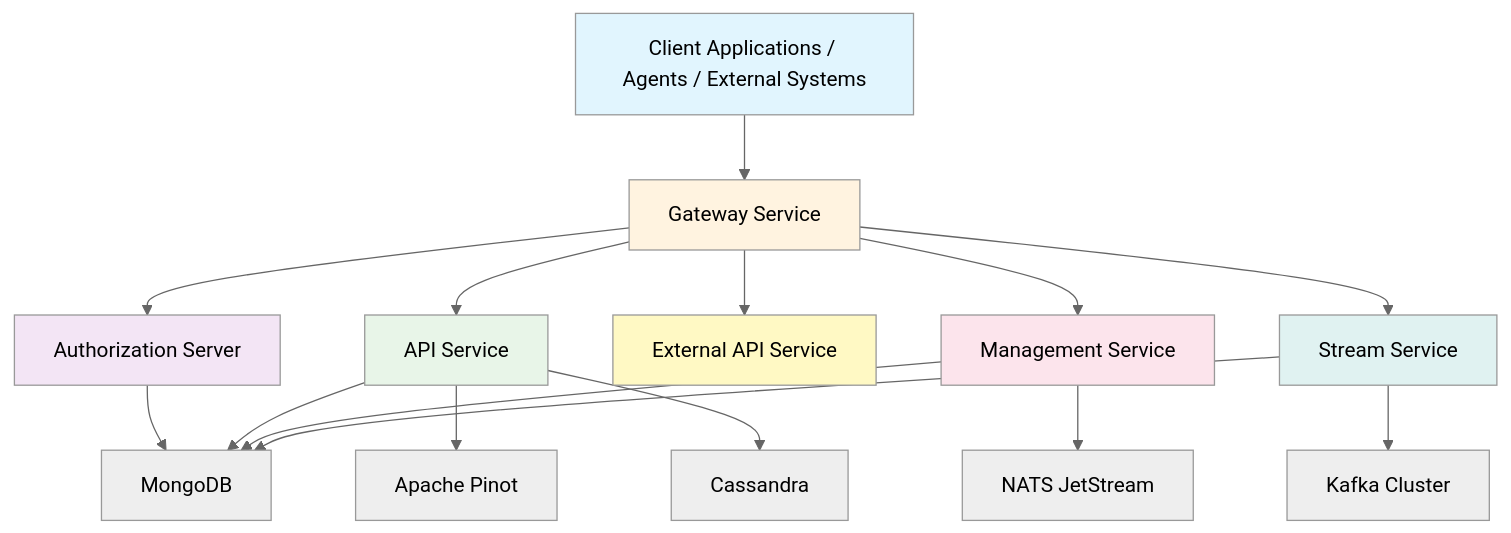
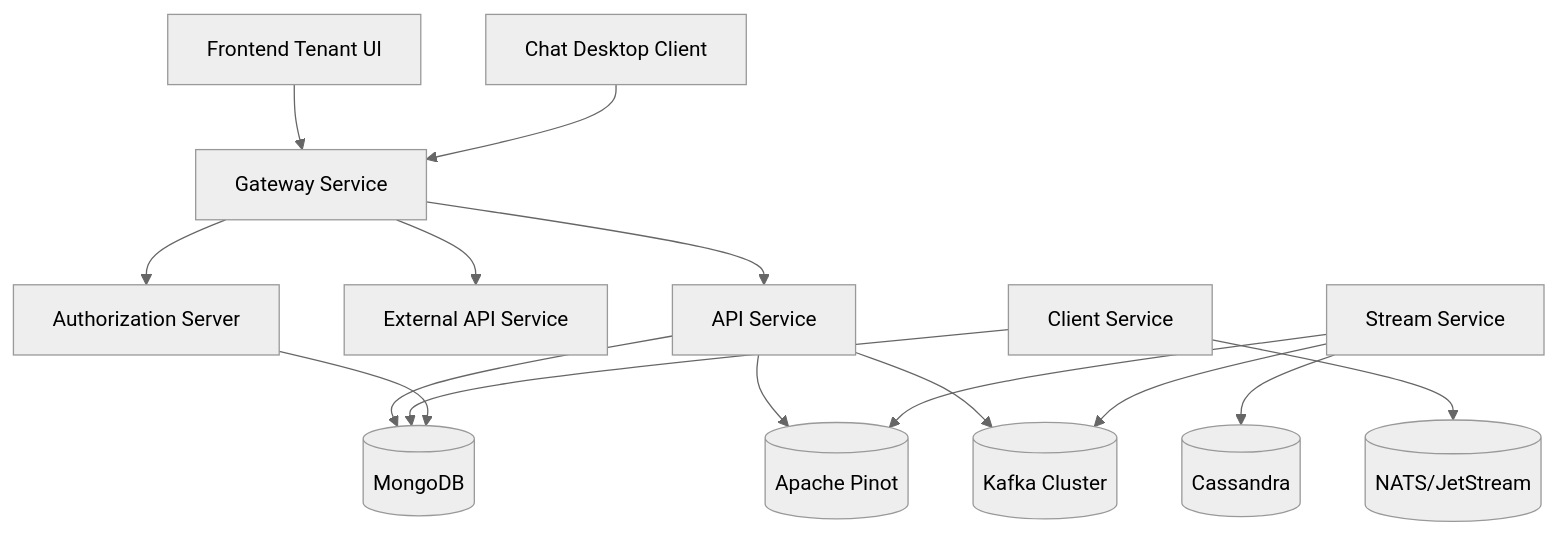
One commit to Praesto-Pro/openframe-oss-tenant changed the first of 2 diagrams in README.md. Above: the diagram before and after it, drawn with Mermaid (neutral theme). The commit also changed other lines of this file and 344 other files, not shown here.

````diff
--- a/README.md
+++ b/README.md
@@ -59,28 +81,22 @@
 ```mermaid
 flowchart TD
-    Client["Client Applications / Agents / External Systems"] --> Gateway["Gateway Service"]
-
-    Gateway --> Auth["Authorization Server"]
-    Gateway --> Api["API Service"]
-    Gateway --> ExternalApi["External API Service"]
-    Gateway --> Management["Management Service"]
-    Gateway --> Stream["Stream Service"]
-
-    Auth --> Mongo["MongoDB"]
-    Api --> Mongo
-    Api --> Pinot["Apache Pinot"]
-    Api --> Cassandra["Cassandra"]
-    Management --> Mongo
-    Management --> Nats["NATS JetStream"]
-
-    Stream --> Kafka["Kafka Cluster"]
-    Stream --> Mongo
-
-    style Client fill:#e1f5fe
-    style Gateway fill:#fff3e0
-    style Auth fill:#f3e5f5
-    style Api fill:#e8f5e8
-    style ExternalApi fill:#fff9c4
-    style Management fill:#fce4ec
-    style Stream fill:#e0f2f1
+    UI[Frontend Tenant UI] --> Gateway[Gateway Service]
+    Chat[Chat Desktop Client] --> Gateway
+    
+    Gateway --> API[API Service]
+    Gateway --> External[External API Service] 
+    Gateway --> Auth[Authorization Server]
+    
+    API --> Mongo[(MongoDB)]
+    API --> Pinot[(Apache Pinot)]
+    API --> Kafka[(Kafka Cluster)]
+    
+    Stream[Stream Service] --> Kafka
+    Stream --> Cassandra[(Cassandra)]
+    Stream --> Pinot
+    
+    Client[Client Service] --> Mongo
+    Client --> NATS[(NATS/JetStream)]
+    
+    Auth --> Mongo
 ```
````
